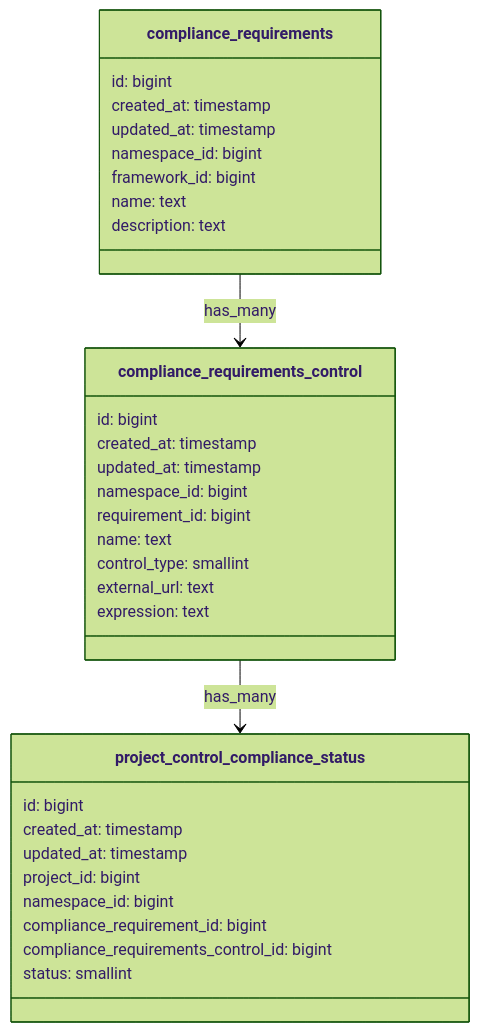
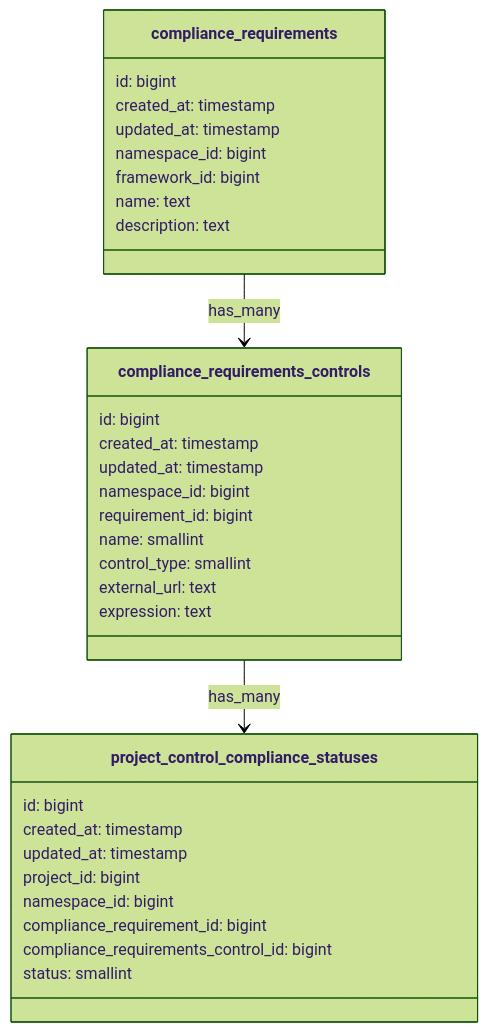
The diagram in content/handbook/engineering/architecture/design-documents/compliance-adherence-reporting/decisions/006_storing_controls_in_a_separate_table.md (zalyoung/gitlab-handbook), drawn with Mermaid (forest theme) before and after one commit. The commit also changed other lines of this file and 1 other file, not shown here.

Commit message:
Update ADR 006 for storing compliance controls in separate table

````diff
--- a/content/handbook/engineering/architecture/design-documents/compliance-adherence-reporting/decisions/006_storing_controls_in_a_separate_table.md
+++ b/content/handbook/engineering/architecture/design-documents/compliance-adherence-reporting/decisions/006_storing_controls_in_a_separate_table.md
@@ -24,39 +23,39 @@
 ```mermaid
 classDiagram
 
     class compliance_requirements {
         id: bigint
         created_at: timestamp
         updated_at: timestamp
         namespace_id: bigint
         framework_id: bigint
         name: text
         description: text
     }
 
-    class compliance_requirements_control {
+    class compliance_requirements_controls {
         id: bigint
         created_at: timestamp
         updated_at: timestamp
         namespace_id: bigint
         requirement_id: bigint
-        name: text
+        name: smallint
         control_type: smallint
         external_url: text
         expression: text
     }
 
-    class project_control_compliance_status {
+    class project_control_compliance_statuses {
         id: bigint
         created_at: timestamp
         updated_at: timestamp
         project_id: bigint
         namespace_id: bigint
         compliance_requirement_id: bigint
         compliance_requirements_control_id: bigint
         status: smallint
     }
 
-    compliance_requirements --> compliance_requirements_control : has_many
-    compliance_requirements_control --> project_control_compliance_status : has_many
+    compliance_requirements --> compliance_requirements_controls : has_many
+    compliance_requirements_controls --> project_control_compliance_statuses : has_many
 ```
````
